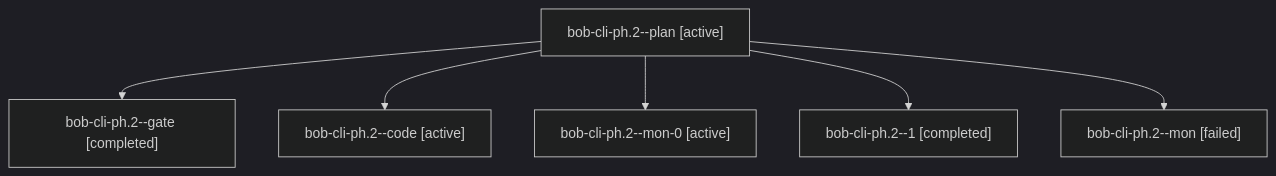
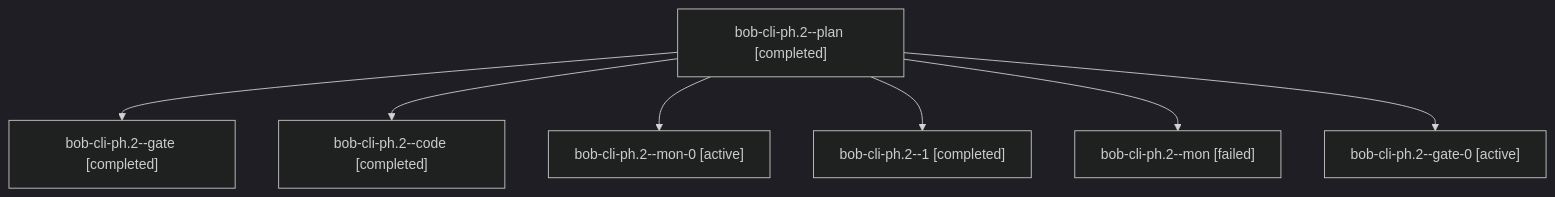
One commit to bobs-org/bob-cli--agents changed the diagram in sessions/bbugyi200.apollo.bob-cli-ph.2.md. Above: the diagram before and after it, drawn with Mermaid (dark theme). The commit also changed other lines of this file and 58 other files, not shown here.

````diff
--- a/sessions/bbugyi200.apollo.bob-cli-ph.2.md
+++ b/sessions/bbugyi200.apollo.bob-cli-ph.2.md
@@ -9,14 +9,16 @@
 ```mermaid
 flowchart TD
-  n0["bob-cli-ph.2--plan [active]"]
+  n0["bob-cli-ph.2--plan [completed]"]
   n1["bob-cli-ph.2--gate [completed]"]
   n0 --> n1
-  n2["bob-cli-ph.2--code [active]"]
+  n2["bob-cli-ph.2--code [completed]"]
   n0 --> n2
   n3["bob-cli-ph.2--mon-0 [active]"]
   n0 --> n3
   n4["bob-cli-ph.2--1 [completed]"]
   n0 --> n4
   n5["bob-cli-ph.2--mon [failed]"]
   n0 --> n5
+  n6["bob-cli-ph.2--gate-0 [active]"]
+  n0 --> n6
 ```
````
